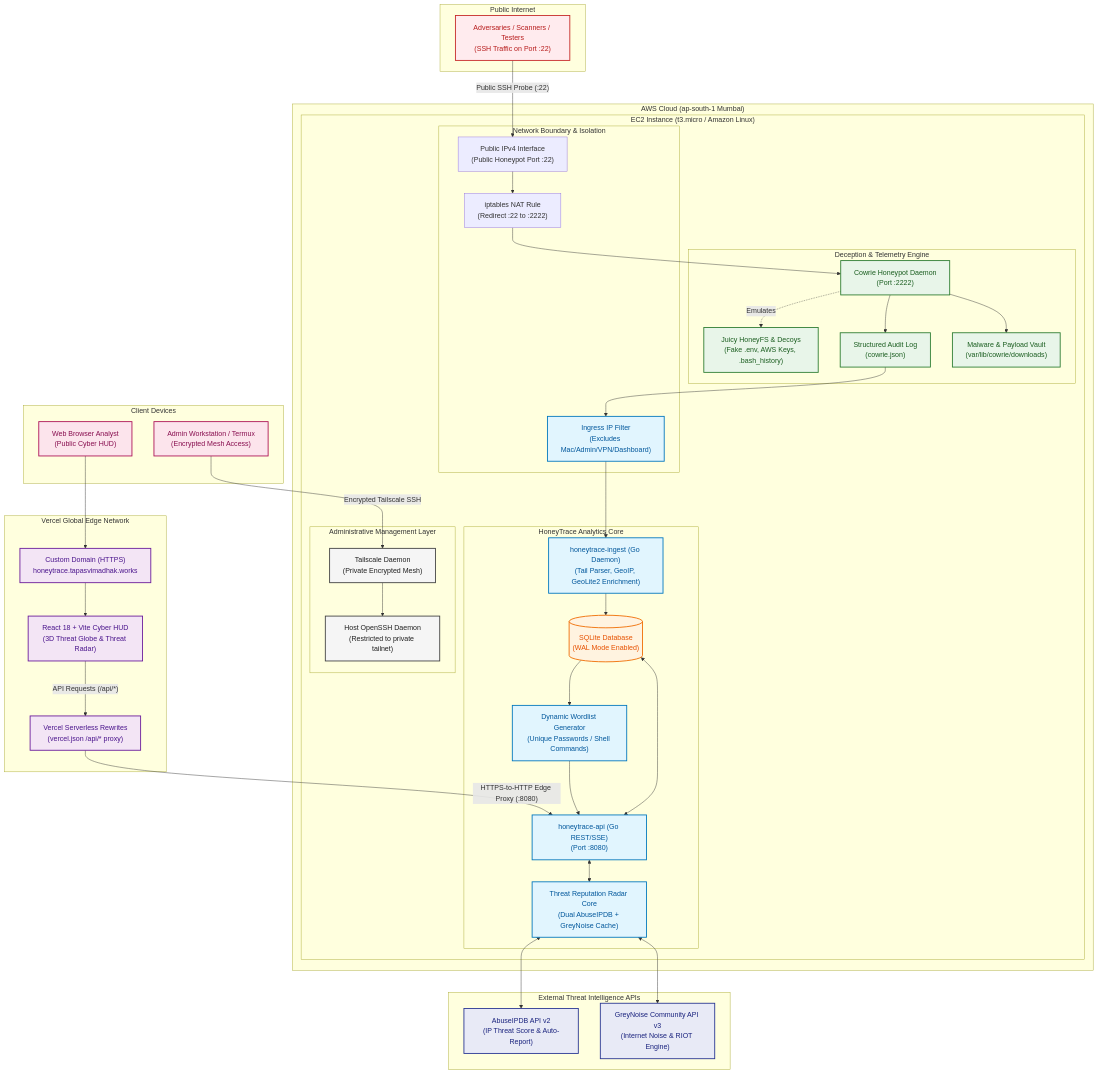
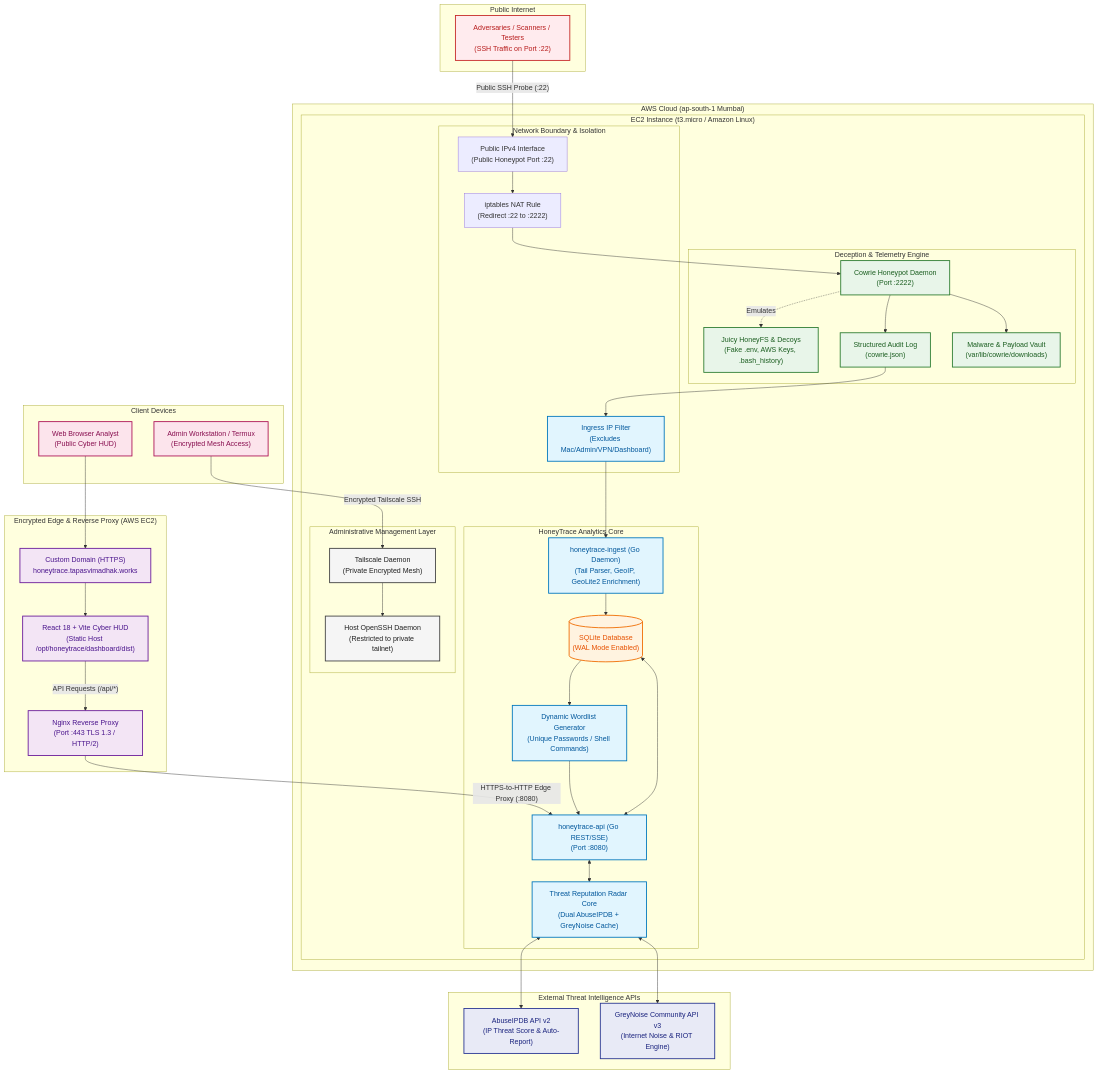
Before and after one commit to TapasviMadhak/HoneyTrace: the diagram in README.md, drawn with Mermaid. The commit also changed other lines of this file and 2 other files, not shown here.

```diff
--- a/README.md
+++ b/README.md
@@ -39,10 +39,10 @@
  subgraph WAN["Public Internet"]
         A["Adversaries / Scanners / Testers<br>(SSH Traffic on Port :22)"]
   end
- subgraph VERCEL_EDGE["Vercel Global Edge Network"]
+ subgraph INGRESS_EDGE["Encrypted Edge & Reverse Proxy (AWS EC2)"]
         DNS["Custom Domain (HTTPS)<br>honeytrace.tapasvimadhak.works"]
-        SPA["React 18 + Vite Cyber HUD<br>(3D Threat Globe &amp; Threat Radar)"]
-        PROXY["Vercel Serverless Rewrites<br>(vercel.json /api/* proxy)"]
+        SPA["React 18 + Vite Cyber HUD<br>(Static Host /opt/honeytrace/dashboard/dist)"]
+        PROXY["Nginx Reverse Proxy<br>(Port :443 TLS 1.3 / HTTP/2)"]
   end
  subgraph THREAT_INTEL["External Threat Intelligence APIs"]
         ABUSE["AbuseIPDB API v2<br>(IP Threat Score &amp; Auto-Report)"]
```
